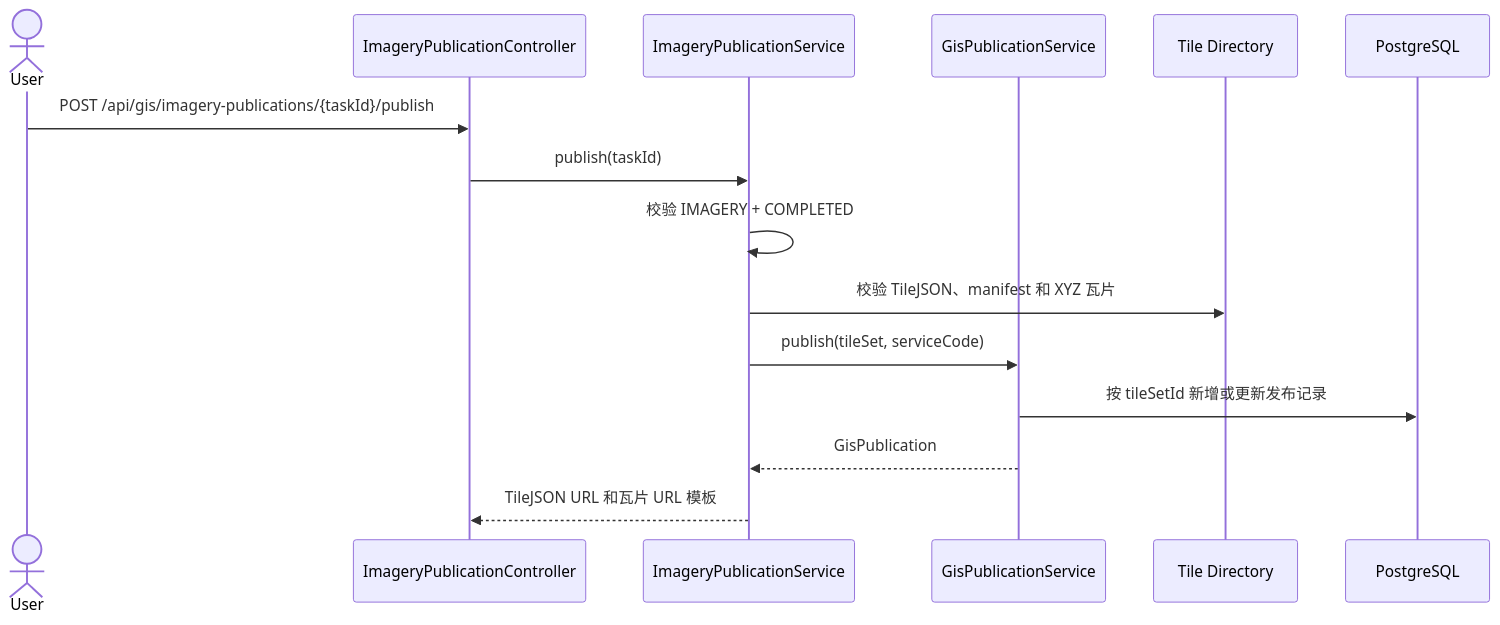
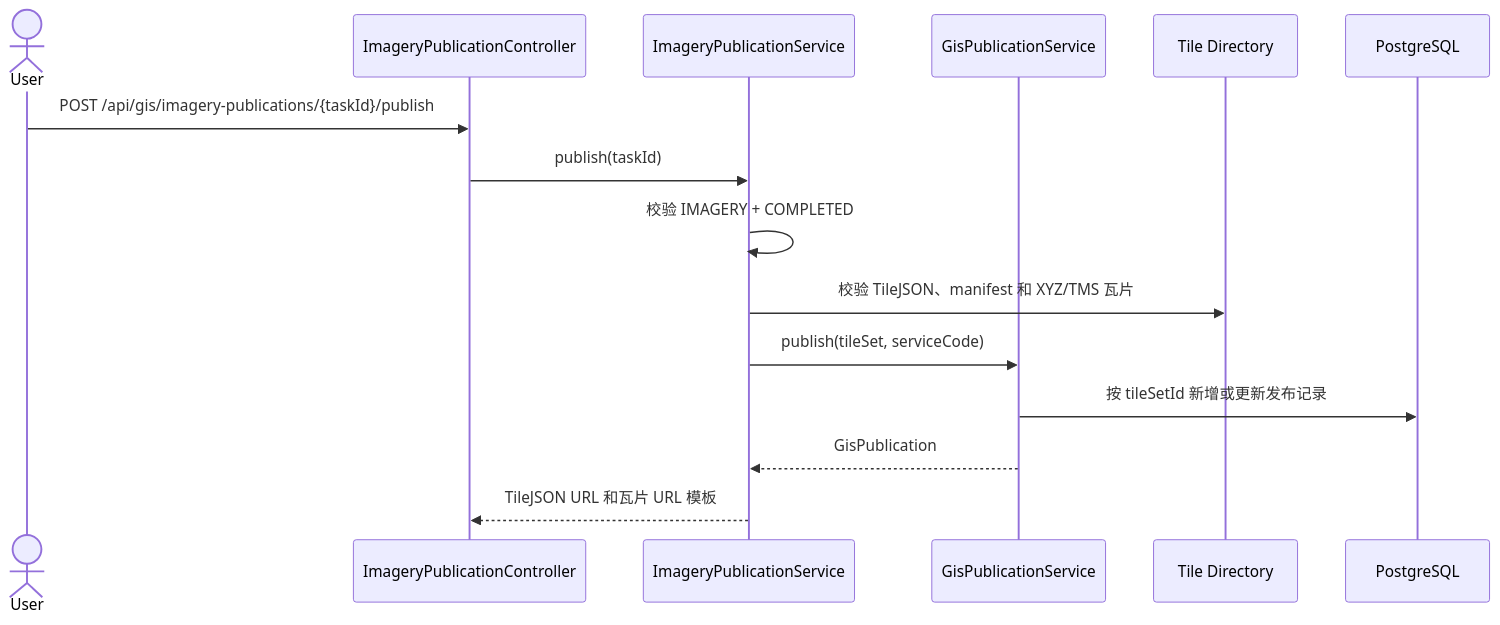
The second of 2 diagrams in docs/imagery-publication-uml.md (ch-dpf/Ocean_Admin_Service), drawn with Mermaid before and after one commit. The commit also changed other lines of this file and 24 other files, not shown here.

````diff
--- a/docs/imagery-publication-uml.md
+++ b/docs/imagery-publication-uml.md
@@ -56,18 +56,18 @@
 ```mermaid
 sequenceDiagram
     actor User
     participant API as ImageryPublicationController
     participant TypeService as ImageryPublicationService
     participant CommonService as GisPublicationService
     participant FS as Tile Directory
     participant DB as PostgreSQL
 
     User->>API: POST /api/gis/imagery-publications/{taskId}/publish
     API->>TypeService: publish(taskId)
     TypeService->>TypeService: 校验 IMAGERY + COMPLETED
-    TypeService->>FS: 校验 TileJSON、manifest 和 XYZ 瓦片
+    TypeService->>FS: 校验 TileJSON、manifest 和 XYZ/TMS 瓦片
     TypeService->>CommonService: publish(tileSet, serviceCode)
     CommonService->>DB: 按 tileSetId 新增或更新发布记录
     CommonService-->>TypeService: GisPublication
     TypeService-->>API: TileJSON URL 和瓦片 URL 模板
 ```
````
